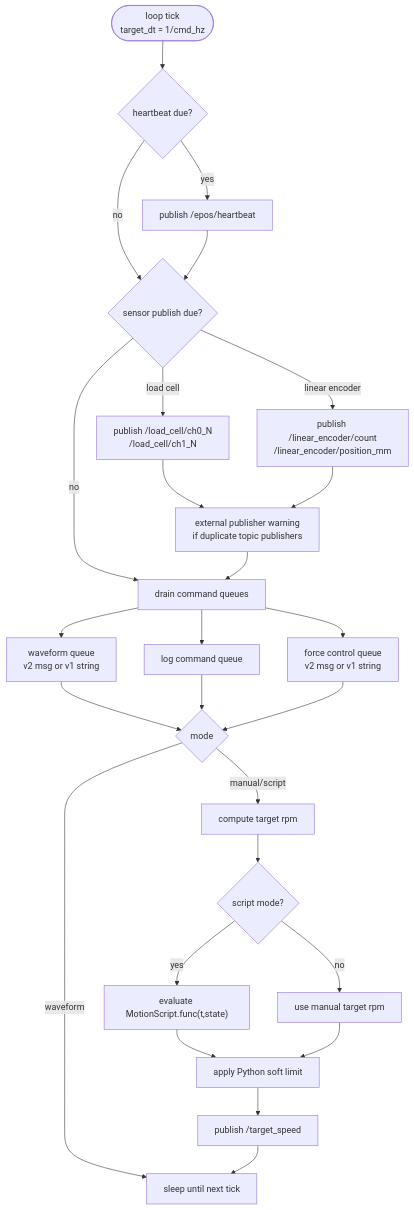
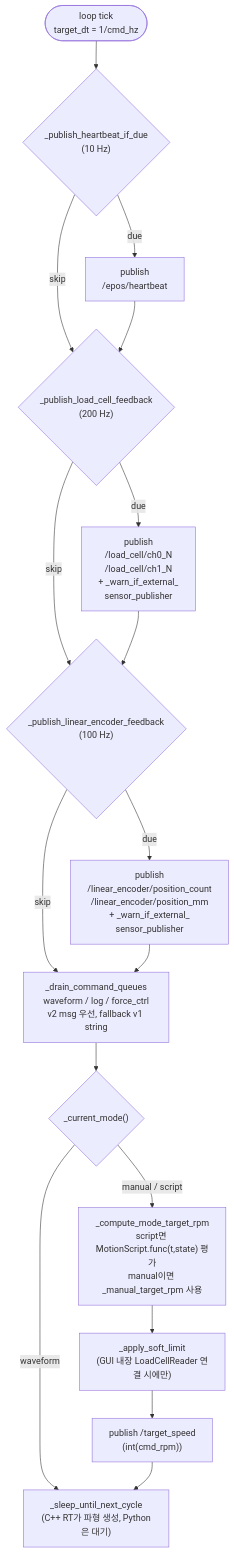
Before and after one commit to inlight37-design/motor_control: the fourth of 8 diagrams in docs/architecture_map.md, drawn with Mermaid. The commit also changed other lines of this file and 1 other file, not shown here.

````diff
--- a/docs/architecture_map.md
+++ b/docs/architecture_map.md
@@ -171,31 +186,23 @@
 ```mermaid
 flowchart TD
-    Start([loop tick<br/>target_dt = 1/cmd_hz]) --> Heartbeat{heartbeat due?}
-    Heartbeat -->|yes| PubHb["publish /epos/heartbeat"]
-    Heartbeat -->|no| Sensor
-    PubHb --> Sensor
+    Start([loop tick<br/>target_dt = 1/cmd_hz]) --> Heartbeat{"_publish_heartbeat_if_due<br/>(10 Hz)"}
+    Heartbeat -->|due| PubHb["publish<br/>/epos/heartbeat"]
+    Heartbeat -->|skip| LCDue
+    PubHb --> LCDue
 
-    Sensor{sensor publish due?} -->|load cell| PubLC["publish /load_cell/ch0_N<br/>/load_cell/ch1_N"]
-    Sensor -->|linear encoder| PubLE["publish /linear_encoder/count<br/>/linear_encoder/position_mm"]
-    Sensor -->|no| Queues
-    PubLC --> Warn["external publisher warning<br/>if duplicate topic publishers"]
-    PubLE --> Warn
-    Warn --> Queues
+    LCDue{"_publish_load_cell_feedback<br/>(200 Hz)"} -->|due| PubLC["publish<br/>/load_cell/ch0_N<br/>/load_cell/ch1_N<br/>+ _warn_if_external_<br/>sensor_publisher"]
+    LCDue -->|skip| LEDue
+    PubLC --> LEDue
 
-    Queues["drain command queues"] --> WaveQ["waveform queue<br/>v2 msg or v1 string"]
-    Queues --> LogQ["log command queue"]
-    Queues --> ForceQ["force control queue<br/>v2 msg or v1 string"]
+    LEDue{"_publish_linear_encoder_feedback<br/>(100 Hz)"} -->|due| PubLE["publish<br/>/linear_encoder/position_count<br/>/linear_encoder/position_mm<br/>+ _warn_if_external_<br/>sensor_publisher"]
+    LEDue -->|skip| Queues
+    PubLE --> Queues
 
-    WaveQ --> Mode{mode}
-    LogQ --> Mode
-    ForceQ --> Mode
-    Mode -->|waveform| Sleep["sleep until next tick"]
-    Mode -->|manual/script| Target["compute target rpm"]
-    Target --> Script{script mode?}
-    Script -->|yes| Eval["evaluate MotionScript.func(t,state)"]
-    Script -->|no| Manual["use manual target rpm"]
-    Eval --> Soft["apply Python soft limit"]
-    Manual --> Soft
-    Soft --> PubTarget["publish /target_speed"]
+    Queues["_drain_command_queues<br/>waveform / log / force_ctrl<br/>v2 msg 우선, fallback v1 string"] --> Mode{"_current_mode()"}
+
+    Mode -->|waveform| Sleep["_sleep_until_next_cycle<br/>(C++ RT가 파형 생성, Python은 대기)"]
+    Mode -->|manual / script| Compute["_compute_mode_target_rpm<br/>script면 MotionScript.func(t,state) 평가<br/>manual이면 _manual_target_rpm 사용"]
+    Compute --> Soft["_apply_soft_limit<br/>(GUI 내장 LoadCellReader 연결 시에만)"]
+    Soft --> PubTarget["publish /target_speed<br/>(int(cmd_rpm))"]
     PubTarget --> Sleep
 ```
````
